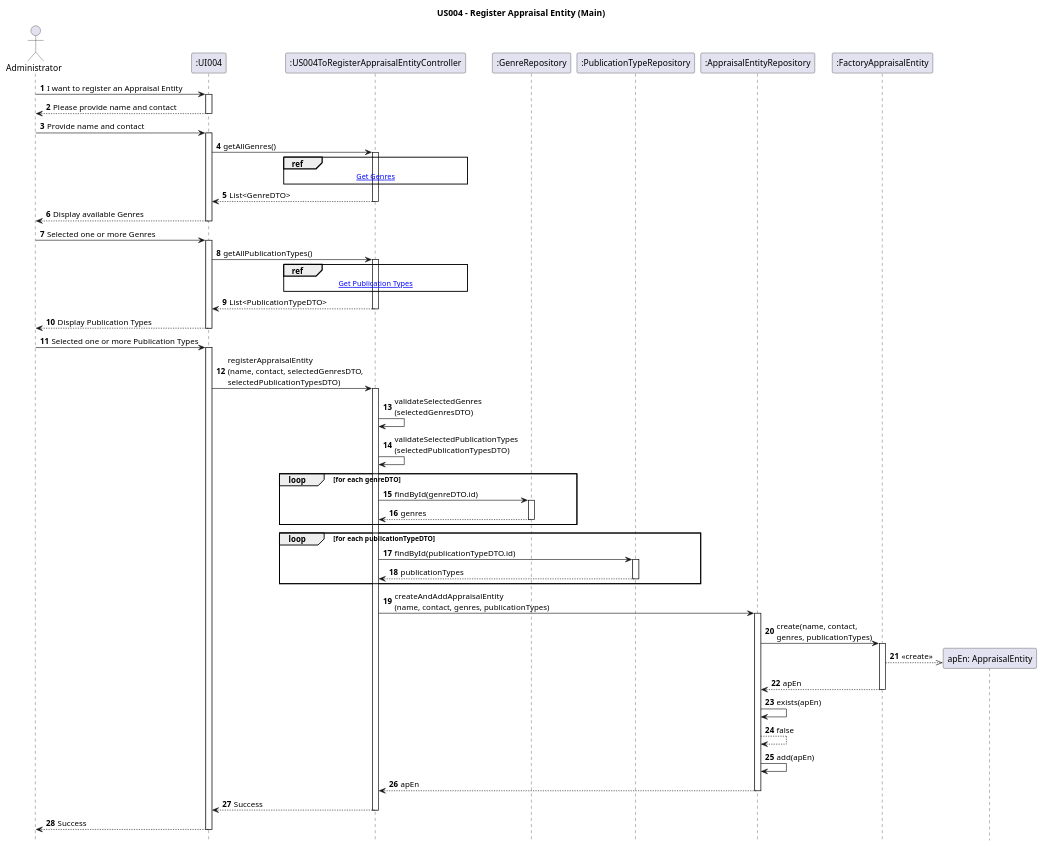
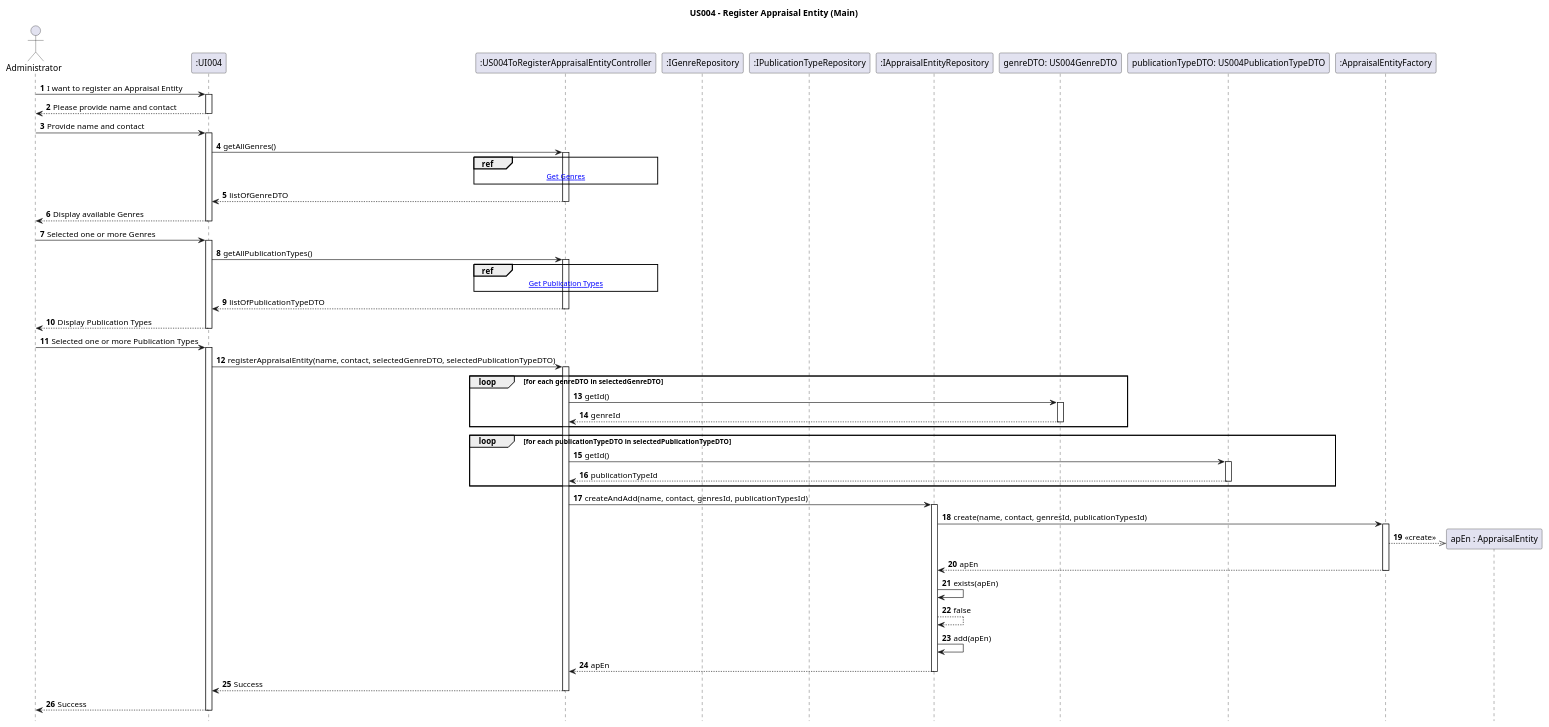
The diagram in Diagrams/SequenceDiagrams/N2/US004-to-register-an-Appraisal-Entity/1.MainDiagram.puml (AndrePereiraGitH/SWitCH-Project-Team_A), drawn with PlantUML before and after one commit. The commit also changed 8 other files, not shown here.

Commit message:
fix #431: update US004 diagrams to reflect DTO with id and controller responsibility

```diff
--- a/Diagrams/SequenceDiagrams/N2/US004-to-register-an-Appraisal-Entity/1.MainDiagram.puml
+++ b/Diagrams/SequenceDiagrams/N2/US004-to-register-an-Appraisal-Entity/1.MainDiagram.puml
@@ -1,111 +1,108 @@
 @startuml
 
 hide footbox
 autonumber
 title US004 - Register Appraisal Entity (Main)
 
 actor Administrator
 participant ":UI004" as UI
 participant ":US004ToRegisterAppraisalEntityController" as Controller
-participant ":GenreRepository" as GenreRepo
-participant ":PublicationTypeRepository" as PublicationTypeRepo
-participant ":AppraisalEntityRepository" as AppraisalRepo
-participant ":FactoryAppraisalEntity" as FactoryAppraisalEntity
+participant ":IGenreRepository" as GenreRepo
+participant ":IPublicationTypeRepository" as PublicationTypeRepo
+participant ":IAppraisalEntityRepository" as AppraisalRepo
+participant "genreDTO: US004GenreDTO" as GDTO
+participant "publicationTypeDTO: US004PublicationTypeDTO" as PDTO
+participant ":AppraisalEntityFactory" as FactoryAppraisalEntity
+participant "apEn : AppraisalEntity" as AppraisalEntity
 
 ' --- Start ---
 Administrator -> UI : I want to register an Appraisal Entity
 activate UI
 
 UI --> Administrator : Please provide name and contact
 deactivate UI
 
 Administrator -> UI : Provide name and contact
 activate UI
 
 ' =========================
 ' Get Genres (reference)
 ' =========================
 UI -> Controller : getAllGenres()
 activate Controller
 
 ref over Controller
 [[2.GetGenres.puml Get Genres]]
 end ref
 
-Controller --> UI : List<GenreDTO>
+Controller --> UI : listOfGenreDTO
 deactivate Controller
 
 UI --> Administrator : Display available Genres
 deactivate UI
 
 Administrator -> UI : Selected one or more Genres
 activate UI
 
 ' =========================
 ' Get Publication Types (reference)
 ' =========================
 UI -> Controller : getAllPublicationTypes()
 activate Controller
 
 ref over Controller
 [[3.GetPublicationTypes.puml Get Publication Types]]
 end ref
 
-Controller --> UI : List<PublicationTypeDTO>
+Controller --> UI : listOfPublicationTypeDTO
 deactivate Controller
 
 UI --> Administrator : Display Publication Types
 deactivate UI
 
 Administrator -> UI : Selected one or more Publication Types
 activate UI
-
 ' =========================
-' Register Appraisal Entity (FULL)
+' Register Appraisal Entity
 ' =========================
-UI -> Controller : registerAppraisalEntity\n(name, contact, selectedGenresDTO, \nselectedPublicationTypesDTO)
+UI -> Controller : registerAppraisalEntity(name, contact, selectedGenreDTO, selectedPublicationTypeDTO)
 activate Controller
 
-Controller -> Controller : validateSelectedGenres\n(selectedGenresDTO)
-Controller -> Controller : validateSelectedPublicationTypes\n(selectedPublicationTypesDTO)
-
-loop for each genreDTO
-    Controller -> GenreRepo : findById(genreDTO.id)
-    activate GenreRepo
-    GenreRepo --> Controller : genres
-    deactivate GenreRepo
+loop for each genreDTO in selectedGenreDTO
+    Controller -> GDTO : getId()
+    activate GDTO
+    GDTO --> Controller : genreId
+    deactivate GDTO
 end
 
-loop for each publicationTypeDTO
-    Controller -> PublicationTypeRepo : findById(publicationTypeDTO.id)
-    activate PublicationTypeRepo
-    PublicationTypeRepo --> Controller : publicationTypes
-    deactivate PublicationTypeRepo
+loop for each publicationTypeDTO in selectedPublicationTypeDTO
+    Controller -> PDTO : getId()
+    activate PDTO
+    PDTO --> Controller : publicationTypeId
+    deactivate PDTO
 end
 
-Controller -> AppraisalRepo : createAndAddAppraisalEntity\n(name, contact, genres, publicationTypes)
+Controller -> AppraisalRepo : createAndAdd(name, contact, genresId, publicationTypesId)
 activate AppraisalRepo
 
-AppraisalRepo -> FactoryAppraisalEntity : create(name, contact, \ngenres, publicationTypes)
+AppraisalRepo -> FactoryAppraisalEntity : create(name, contact, genresId, publicationTypesId)
 activate FactoryAppraisalEntity
 
-participant "apEn: AppraisalEntity" as AppraisalEntity
-FactoryAppraisalEntity -->> AppraisalEntity ** : <<create>>
+FactoryAppraisalEntity -->> AppraisalEntity **: <<create>>
 
 FactoryAppraisalEntity --> AppraisalRepo : apEn
 deactivate FactoryAppraisalEntity
 
 AppraisalRepo -> AppraisalRepo : exists(apEn)
 AppraisalRepo --> AppraisalRepo : false
 AppraisalRepo -> AppraisalRepo : add(apEn)
 
 AppraisalRepo --> Controller : apEn
 deactivate AppraisalRepo
 
 Controller --> UI : Success
 deactivate Controller
 
-UI --> Administrator : Success
+UI ---> Administrator : Success
 deactivate UI
-
 @enduml
```
